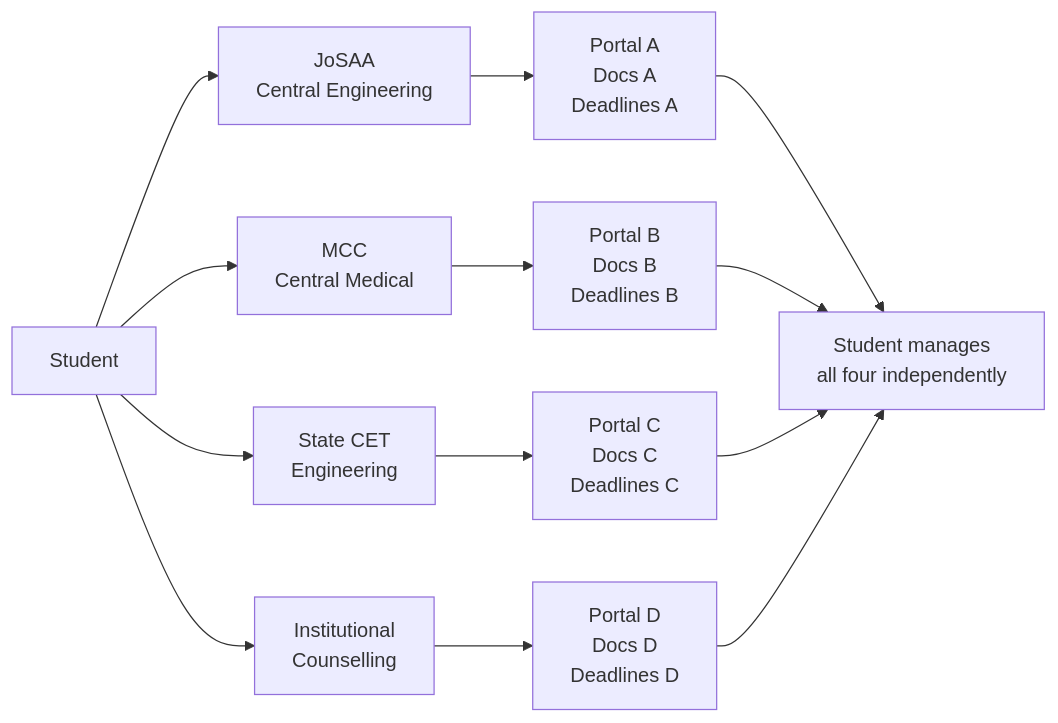
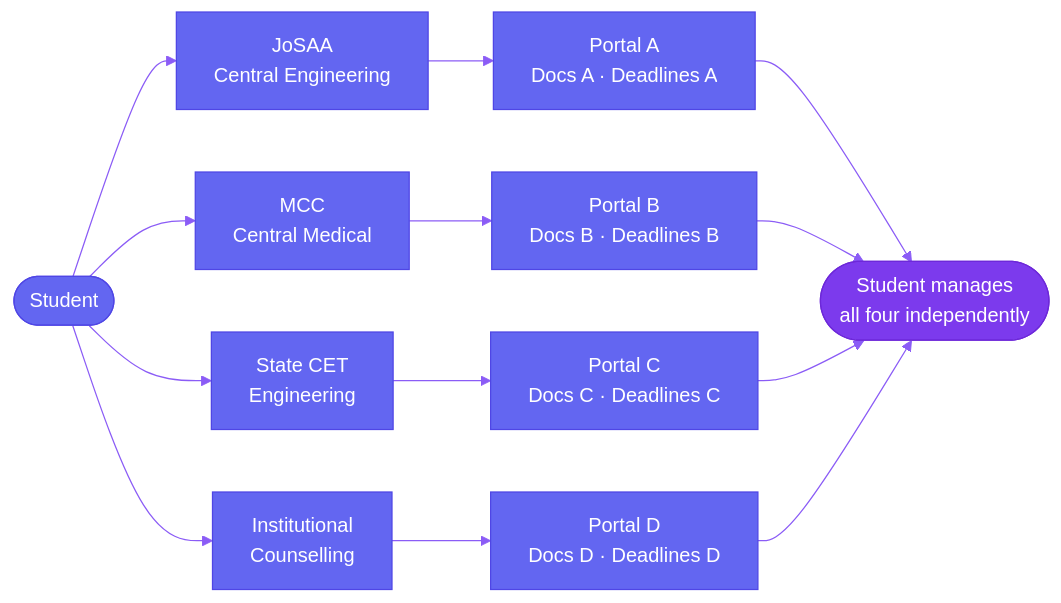
One commit to aashrutsharma2/docs changed the diagram in blueprint/counselling-systems.mdx. Above: the diagram before and after it, drawn with Mermaid. The commit also changed other lines of this file and 3 other files, not shown here.

````diff
--- a/blueprint/counselling-systems.mdx
+++ b/blueprint/counselling-systems.mdx
@@ -103,17 +93,38 @@
 ```mermaid
+%%{init: {
+  'theme': 'base',
+  'themeVariables': {
+    'primaryColor': '#6366f1',
+    'primaryTextColor': '#ffffff',
+    'primaryBorderColor': '#4f46e5',
+    'lineColor': '#8b5cf6',
+    'secondaryColor': '#312e81',
+    'tertiaryColor': '#1e1b4b',
+    'background': 'transparent',
+    'mainBkg': '#6366f1',
+    'nodeBorder': '#4f46e5',
+    'clusterBkg': '#1e1b4b',
+    'titleColor': '#a5b4fc',
+    'edgeLabelBackground': '#1e293b',
+    'fontFamily': 'Inter, sans-serif'
+  }
+}}%%
 flowchart LR
-    S[Student] --> J[JoSAA\nCentral Engineering]
+    S([Student]) --> J[JoSAA\nCentral Engineering]
     S --> M[MCC\nCentral Medical]
     S --> ST[State CET\nEngineering]
     S --> I[Institutional\nCounselling]
 
-    J --> J1[Portal A\nDocs A\nDeadlines A]
-    M --> M1[Portal B\nDocs B\nDeadlines B]
-    ST --> S1[Portal C\nDocs C\nDeadlines C]
-    I --> I1[Portal D\nDocs D\nDeadlines D]
+    J --> J1[Portal A\nDocs A · Deadlines A]
+    M --> M1[Portal B\nDocs B · Deadlines B]
+    ST --> S1[Portal C\nDocs C · Deadlines C]
+    I --> I1[Portal D\nDocs D · Deadlines D]
 
-    J1 --> OUT[Student manages\nall four independently]
+    J1 --> OUT([Student manages\nall four independently])
     M1 --> OUT
     S1 --> OUT
     I1 --> OUT
+
+    style S fill:#6366f1,stroke:#4f46e5,color:#fff
+    style OUT fill:#7c3aed,stroke:#6d28d9,color:#fff
 ```
````
